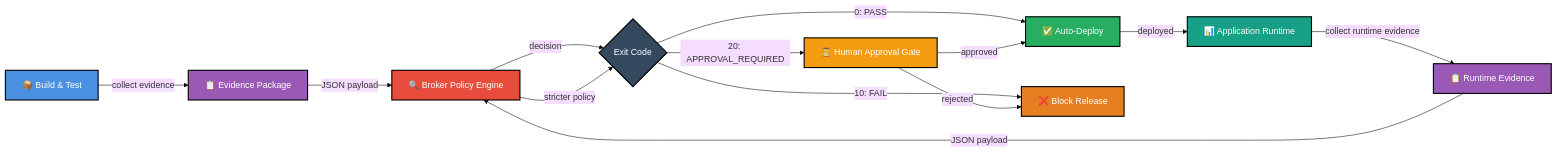
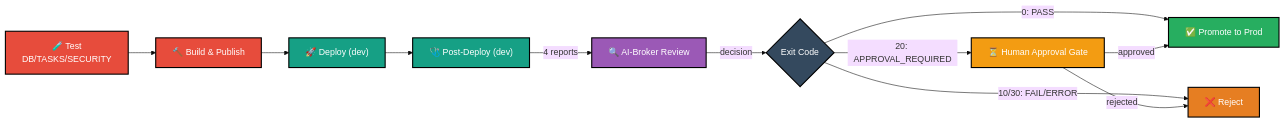
Before and after one commit to Georges034302/DRA2.0-POC-Demo-app: the second of 3 diagrams in docs/architecture.md, drawn with Mermaid (base theme). The commit also changed other lines of this file and 7 other files, not shown here.

Commit message:
Update all docs for dev/prod staged promotion architecture

````diff
--- a/docs/architecture.md
+++ b/docs/architecture.md
@@ -63,25 +71,23 @@
 ```mermaid
 graph LR
-    A["📦 Build & Test"] -->|collect evidence| B["📋 Evidence Package"]
-    B -->|JSON payload| C["🔍 Broker Policy Engine"]
-    C -->|decision| D{"Exit Code"}
-    D -->|0: PASS| E["✅ Auto-Deploy"]
-    D -->|10: FAIL| F["❌ Block Release"]
-    D -->|20: APPROVAL_REQUIRED| G["⏳ Human Approval Gate"]
-    G -->|approved| E
-    G -->|rejected| F
-    E -->|deployed| H["📊 Application Runtime"]
-    H -->|collect runtime evidence| I["📋 Runtime Evidence"]
-    I -->|JSON payload| C
-    C -->|stricter policy| D
+    A["🧪 Test<br/>DB/TASKS/SECURITY"] --> B["🔨 Build & Publish"]
+    B --> C["🚀 Deploy (dev)"]
+    C --> D["🩺 Post-Deploy (dev)"]
+    D -->|4 reports| E["🔍 AI-Broker Review"]
+    E -->|decision| F{"Exit Code"}
+    F -->|0: PASS| G["✅ Promote to Prod"]
+    F -->|10/30: FAIL/ERROR| H["❌ Reject"]
+    F -->|20: APPROVAL_REQUIRED| I["⏳ Human Approval Gate"]
+    I -->|approved| G
+    I -->|rejected| H
     
-    style A fill:#4A90E2,stroke:#000,stroke-width:2px,color:#fff
-    style B fill:#9B59B6,stroke:#000,stroke-width:2px,color:#fff
-    style C fill:#E74C3C,stroke:#000,stroke-width:2px,color:#fff
-    style E fill:#27AE60,stroke:#000,stroke-width:2px,color:#fff
-    style F fill:#E67E22,stroke:#000,stroke-width:2px,color:#fff
-    style G fill:#F39C12,stroke:#000,stroke-width:2px,color:#fff
-    style H fill:#16A085,stroke:#000,stroke-width:2px,color:#fff
-    style D fill:#34495E,stroke:#000,stroke-width:2px,color:#fff
-    style I fill:#9B59B6,stroke:#000,stroke-width:2px,color:#fff
+    style A fill:#E74C3C,stroke:#000,stroke-width:2px,color:#fff
+    style B fill:#E74C3C,stroke:#000,stroke-width:2px,color:#fff
+    style C fill:#16A085,stroke:#000,stroke-width:2px,color:#fff
+    style D fill:#16A085,stroke:#000,stroke-width:2px,color:#fff
+    style E fill:#9B59B6,stroke:#000,stroke-width:2px,color:#fff
+    style F fill:#34495E,stroke:#000,stroke-width:2px,color:#fff
+    style G fill:#27AE60,stroke:#000,stroke-width:2px,color:#fff
+    style H fill:#E67E22,stroke:#000,stroke-width:2px,color:#fff
+    style I fill:#F39C12,stroke:#000,stroke-width:2px,color:#fff
 ```
````
